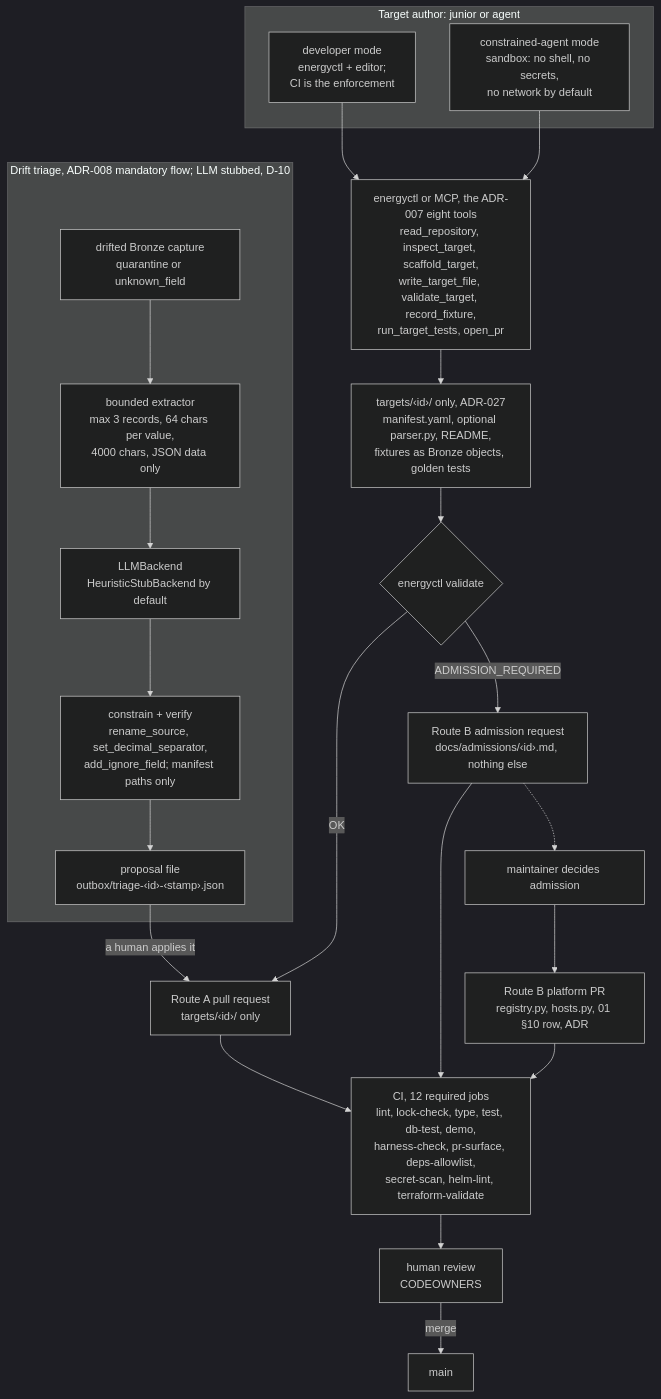
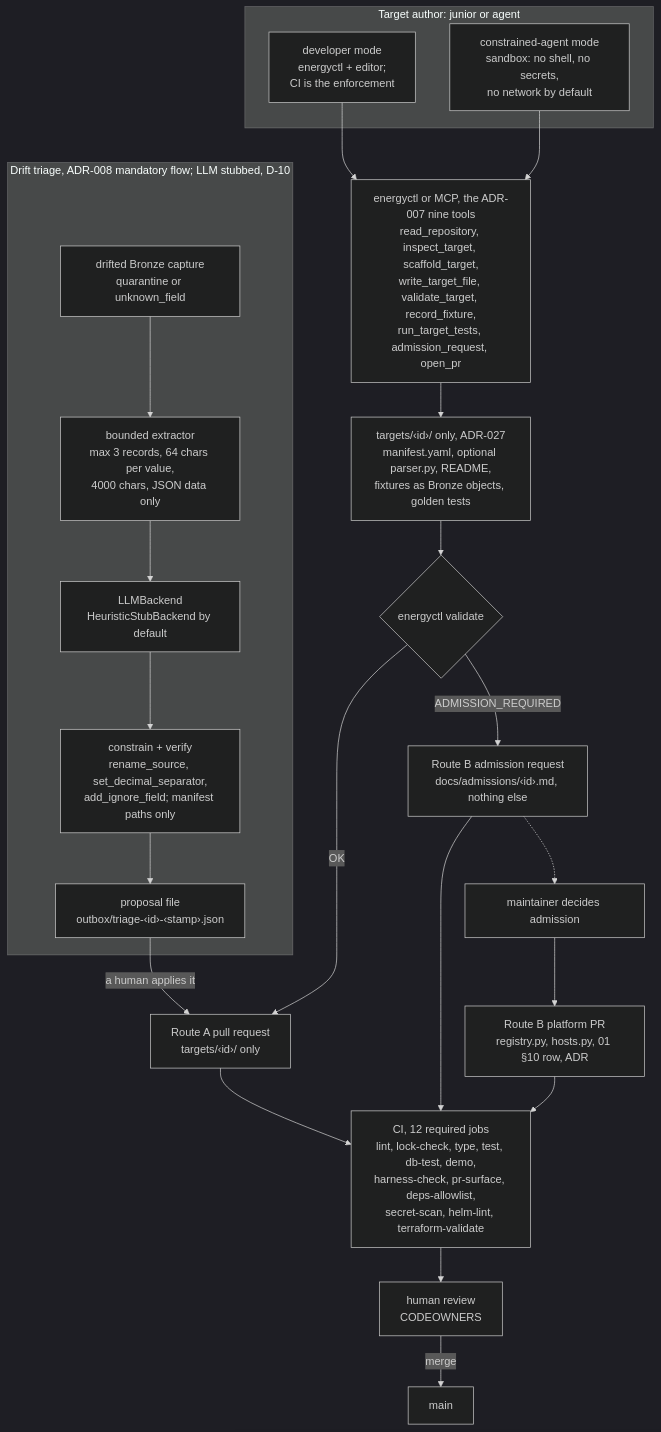
Before and after one commit to jalalhussein1982/energy-platform: the second of 3 diagrams in docs/architecture.md, drawn with Mermaid (dark theme). The commit also changed 17 other files, not shown here.

````diff
--- a/docs/architecture.md
+++ b/docs/architecture.md
@@ -72,36 +72,36 @@
 ```mermaid
 flowchart TB
   subgraph WHO["Target author: junior or agent"]
     DEV["developer mode<br/>energyctl + editor;<br/>CI is the enforcement"]
     SBX["constrained-agent mode<br/>sandbox: no shell, no secrets,<br/>no network by default"]
   end
 
-  TOOLS["energyctl or MCP, the ADR-007 eight tools<br/>read_repository, inspect_target, scaffold_target,<br/>write_target_file, validate_target, record_fixture,<br/>run_target_tests, open_pr"]
+  TOOLS["energyctl or MCP, the ADR-007 nine tools<br/>read_repository, inspect_target, scaffold_target,<br/>write_target_file, validate_target, record_fixture,<br/>run_target_tests, admission_request, open_pr"]
   TGT["targets/‹id›/ only, ADR-027<br/>manifest.yaml, optional parser.py, README,<br/>fixtures as Bronze objects, golden tests"]
   VAL{"energyctl validate"}
   PRA["Route A pull request<br/>targets/‹id›/ only"]
   ADM["Route B admission request<br/>docs/admissions/‹id›.md, nothing else"]
   CI["CI, 12 required jobs<br/>lint, lock-check, type, test, db-test, demo,<br/>harness-check, pr-surface, deps-allowlist,<br/>secret-scan, helm-lint, terraform-validate"]
   REV["human review<br/>CODEOWNERS"]
   MAIN["main"]
   MAINT["maintainer decides admission"]
   REG["Route B platform PR<br/>registry.py, hosts.py, 01 §10 row, ADR"]
 
   DEV & SBX --> TOOLS --> TGT --> VAL
   VAL -->|"OK"| PRA
   VAL -->|"ADMISSION_REQUIRED"| ADM
   PRA & ADM --> CI
   ADM -.-> MAINT --> REG --> CI
   CI --> REV -->|"merge"| MAIN
 
   subgraph TRI["Drift triage, ADR-008 mandatory flow; LLM stubbed, D-10"]
     DRIFT["drifted Bronze capture<br/>quarantine or unknown_field"]
     EXT["bounded extractor<br/>max 3 records, 64 chars per value,<br/>4000 chars, JSON data only"]
     LLM["LLMBackend<br/>HeuristicStubBackend by default"]
     CON["constrain + verify<br/>rename_source, set_decimal_separator,<br/>add_ignore_field; manifest paths only"]
     PROP["proposal file<br/>outbox/triage-‹id›-‹stamp›.json"]
   end
 
   DRIFT --> EXT --> LLM --> CON --> PROP
   PROP -->|"a human applies it"| PRA
 ```
````
